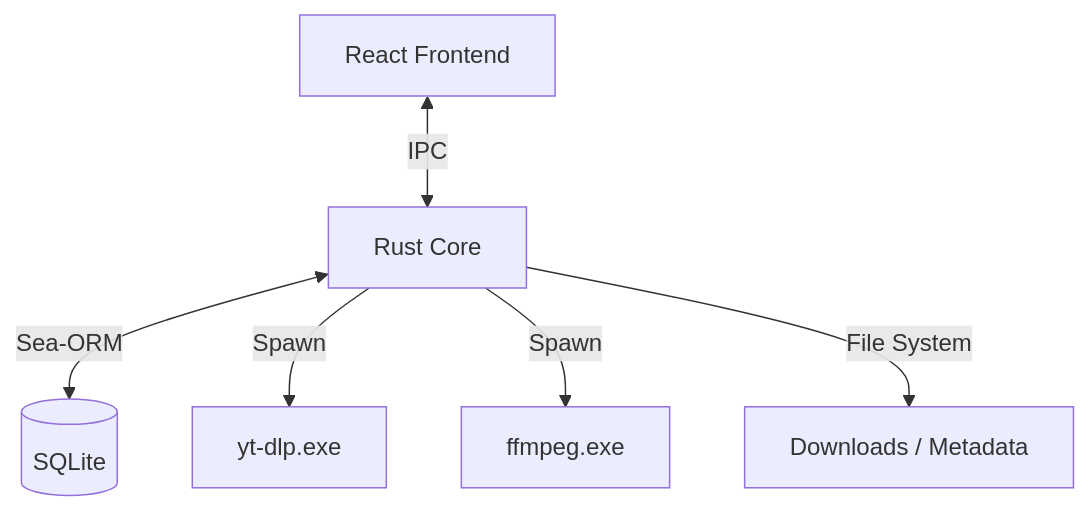
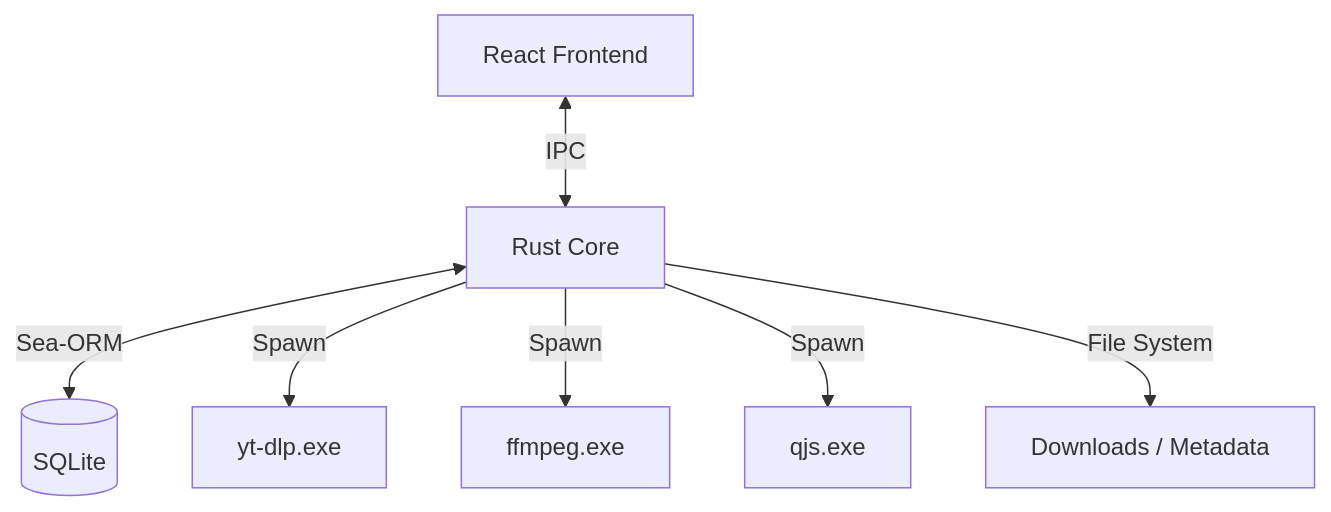
One commit to Zidane0MA/VideoDownloaderPro changed the diagram in memory-bank/systemPatterns.md. Above: the diagram before and after it, drawn with Mermaid. The commit also changed other lines of this file and 27 other files, not shown here.

````diff
--- a/memory-bank/systemPatterns.md
+++ b/memory-bank/systemPatterns.md
@@ -6,8 +6,9 @@
 ```mermaid
 graph TD
     UI[React Frontend] <-->|IPC| Core[Rust Core]
     Core <-->|Sea-ORM| DB[(SQLite)]
     Core -->|Spawn| YTDLP[yt-dlp.exe]
     Core -->|Spawn| FFMPEG[ffmpeg.exe]
+    Core -->|Spawn| QJS[qjs.exe]
     Core -->|File System| Storage[Downloads / Metadata]
 ```
````
